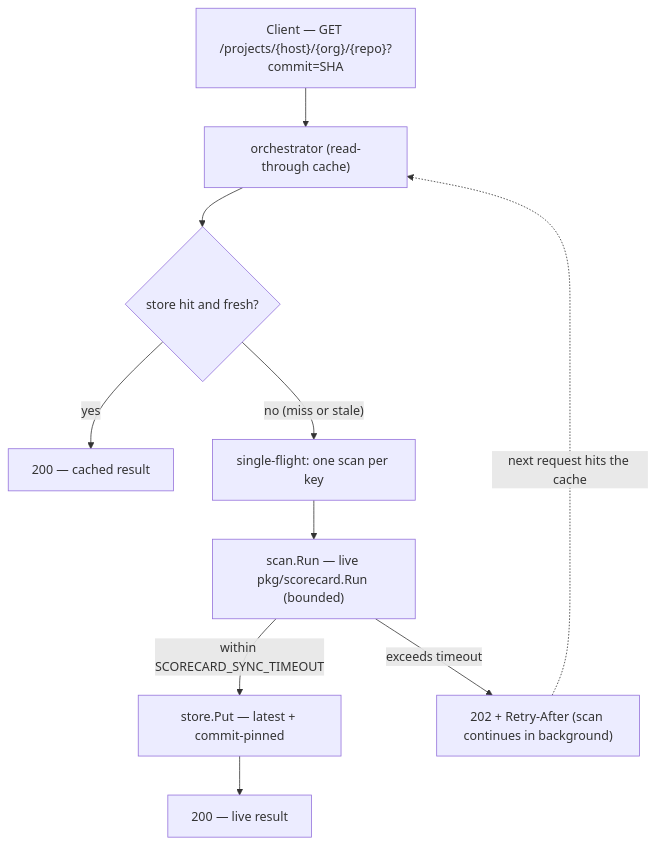
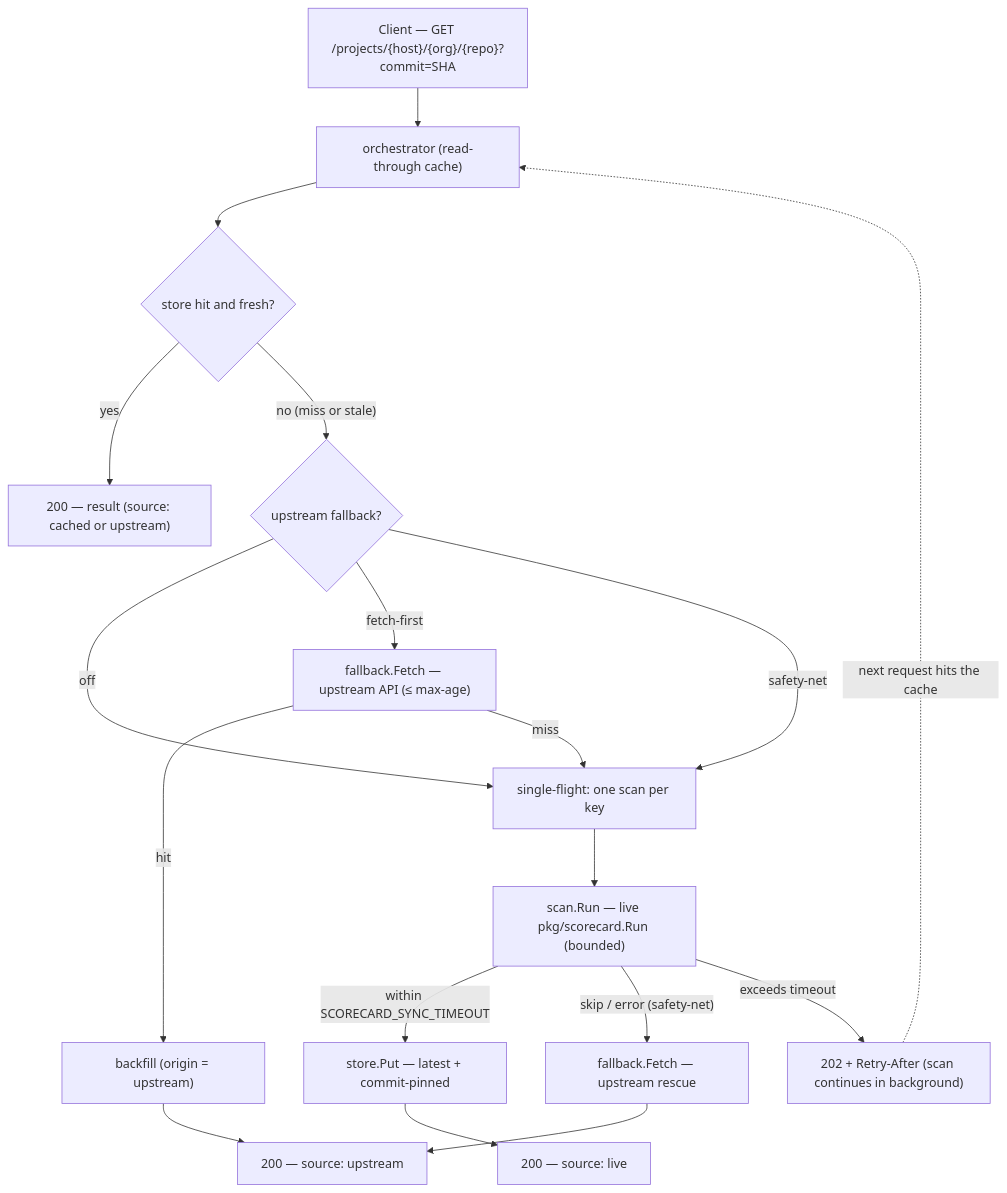
The first of 2 diagrams in README.md (justaugustus/scorecard-infra), drawn with Mermaid before and after one commit. The commit also changed other lines of this file and 22 other files, not shown here.

First line of the commit message:
Add fallback API server functionality (#10)

````diff
--- a/README.md
+++ b/README.md
@@ -62,12 +62,20 @@
 ```mermaid
 flowchart TD
     C["Client — GET /projects/{host}/{org}/{repo}?commit=SHA"] --> O["orchestrator (read-through cache)"]
     O --> G{"store hit and fresh?"}
-    G -- "yes" --> RC["200 — cached result"]
-    G -- "no (miss or stale)" --> SF["single-flight: one scan per key"]
+    G -- "yes" --> RC["200 — result (source: cached or upstream)"]
+    G -- "no (miss or stale)" --> MODE{"upstream fallback?"}
+    MODE -- "off" --> SF["single-flight: one scan per key"]
+    MODE -- "fetch-first" --> FE["fallback.Fetch — upstream API (≤ max-age)"]
+    MODE -- "safety-net" --> SF
+    FE -- "hit" --> BF["backfill (origin = upstream)"]
+    BF --> RU["200 — source: upstream"]
+    FE -- "miss" --> SF
     SF --> SC["scan.Run — live pkg/scorecard.Run (bounded)"]
     SC -- "within SCORECARD_SYNC_TIMEOUT" --> PUT["store.Put — latest + commit-pinned"]
-    PUT --> RL["200 — live result"]
+    PUT --> RL["200 — source: live"]
+    SC -- "skip / error (safety-net)" --> FE2["fallback.Fetch — upstream rescue"]
+    FE2 --> RU
     SC -- "exceeds timeout" --> R202["202 + Retry-After (scan continues in background)"]
     R202 -. "next request hits the cache" .-> O
 ```
````
